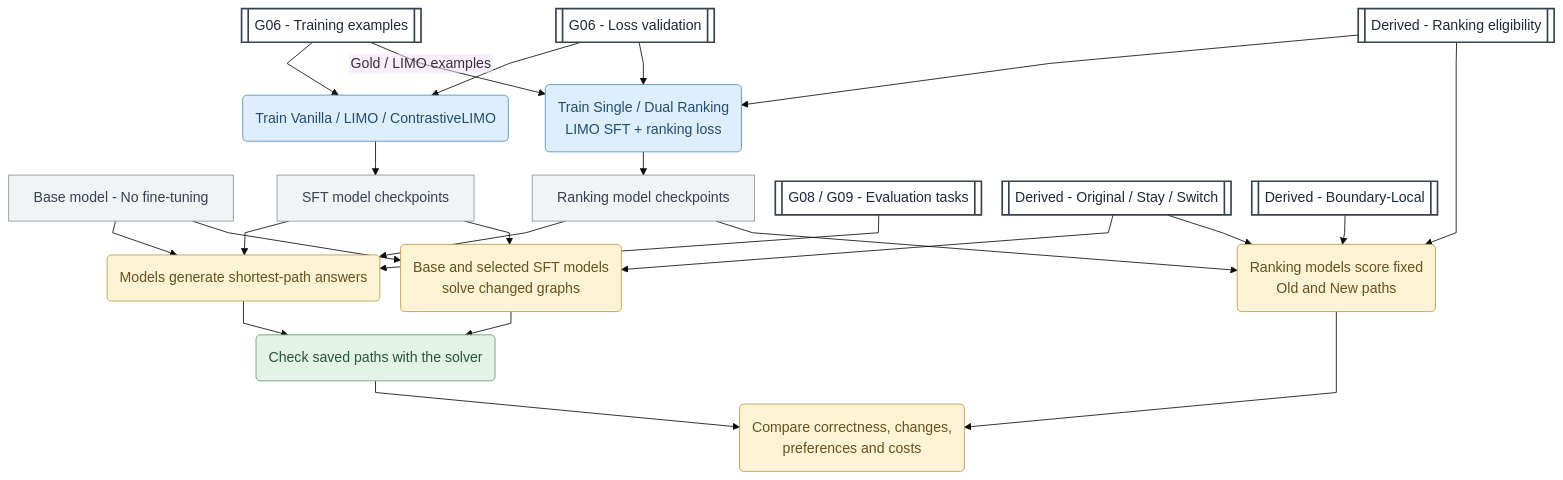
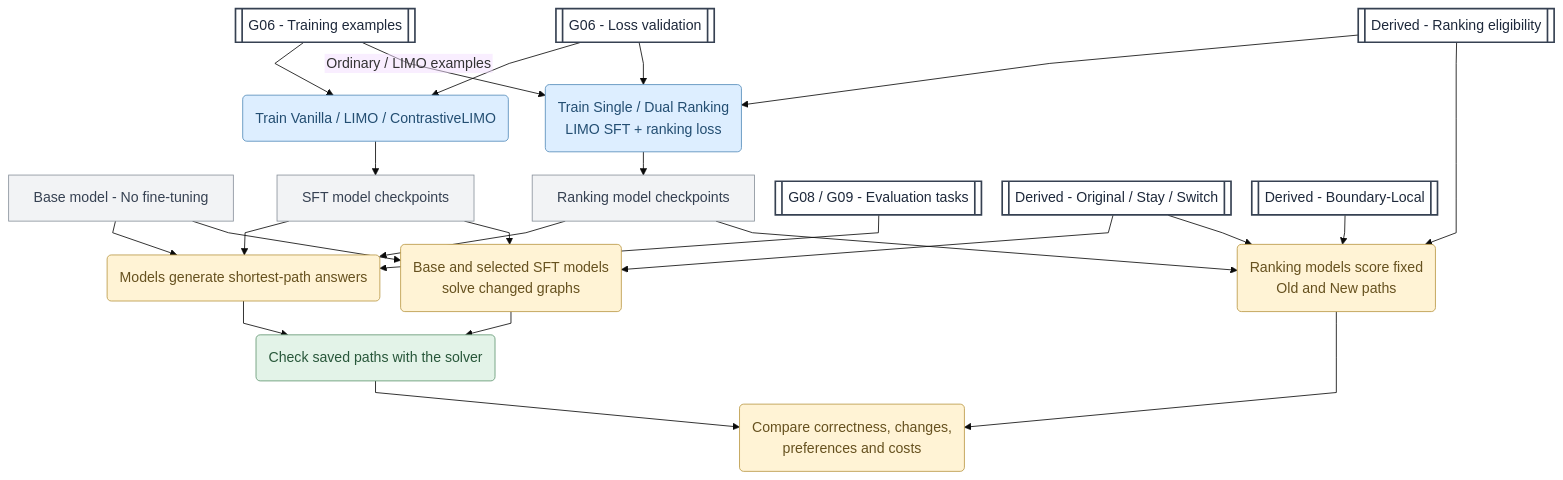
One commit to MinervaCyy/PathFACT changed the third of 3 diagrams in README.md. Above: the diagram before and after it, drawn with Mermaid. The commit also changed other lines of this file, not shown here.

````diff
--- a/README.md
+++ b/README.md
@@ -171,64 +171,64 @@
 ```mermaid
 %%{init: {"theme": "base", "themeVariables": {"fontSize": "17px"}, "flowchart": {"htmlLabels": false, "curve": "linear", "nodeSpacing": 25, "rankSpacing": 28, "wrappingWidth": 300}}}%%
 flowchart TB
     TRAIN[["G06 - Training examples"]]
     VAL[["G06 - Loss validation"]]
     RANK[["Derived - Ranking eligibility"]]
 
     BASE["Base model - No fine-tuning"]
     SFT("Train Vanilla / LIMO / ContrastiveLIMO")
     RTRAIN("Train Single / Dual Ranking<br/>LIMO SFT + ranking loss")
     SFTMODEL["SFT model checkpoints"]
     RANKMODEL["Ranking model checkpoints"]
 
     TESTS[["G08 / G09 - Evaluation tasks"]]
     CF[["Derived - Original / Stay / Switch"]]
     BOUND[["Derived - Boundary-Local"]]
 
     TASK("Models generate shortest-path answers")
     CFTEST("Base and selected SFT models<br/>solve changed graphs")
     PREF("Ranking models score fixed<br/>Old and New paths")
 
     VERIFY("Check saved paths with the solver")
     RESULTS("Compare correctness, changes,<br/>preferences and costs")
 
     TRAIN --> SFT
     VAL --> SFT
-    TRAIN -->|"Gold / LIMO examples"| RTRAIN
+    TRAIN -->|"Ordinary / LIMO examples"| RTRAIN
     VAL --> RTRAIN
     RANK --> RTRAIN
 
     SFT --> SFTMODEL
     RTRAIN --> RANKMODEL
 
     BASE --> TASK
     SFTMODEL --> TASK
     RANKMODEL --> TASK
     TESTS --> TASK
 
     BASE --> CFTEST
     SFTMODEL --> CFTEST
     CF --> CFTEST
 
     RANKMODEL --> PREF
     RANK --> PREF
     CF --> PREF
     BOUND --> PREF
 
     TASK --> VERIFY
     CFTEST --> VERIFY
     VERIFY --> RESULTS
     PREF --> RESULTS
 
     classDef trainer fill:#DDEEFF,stroke:#558DBB,color:#234E72
     classDef evaluator fill:#FFF3D5,stroke:#BA9946,color:#66511F
     classDef verifier fill:#E3F3E8,stroke:#649773,color:#28573A
     classDef python fill:#F2F3F5,stroke:#8A929C,color:#364152
     classDef dataset fill:#FFFFFF,stroke:#364152,color:#1E293B,stroke-width:2px
 
     class SFT,RTRAIN trainer
     class TASK,CFTEST,PREF,RESULTS evaluator
     class VERIFY verifier
     class BASE,SFTMODEL,RANKMODEL python
     class TRAIN,VAL,RANK,TESTS,CF,BOUND dataset
 ```
````
